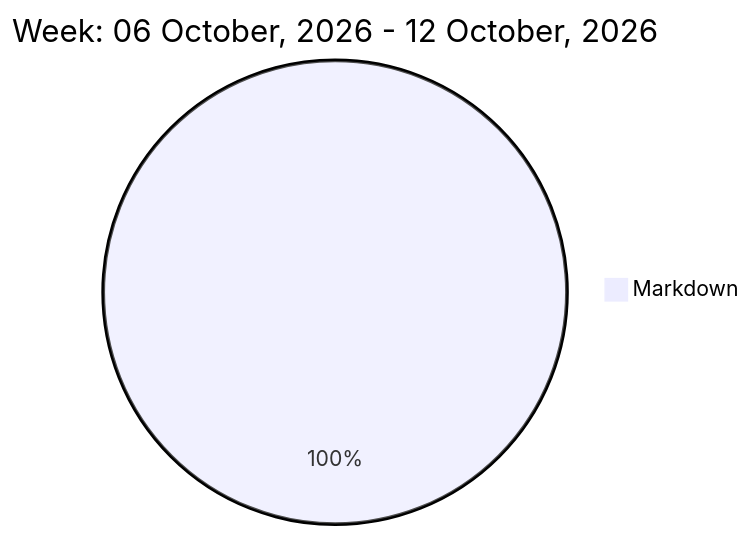
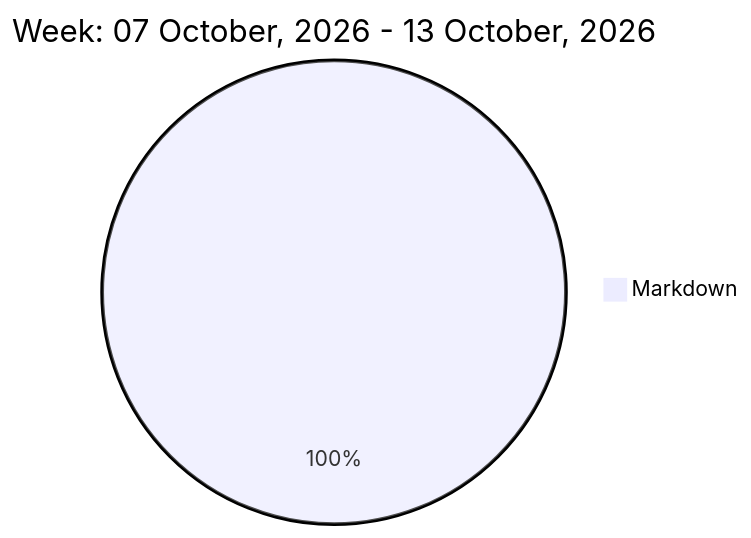
One commit to liubin95/liubin95 changed the diagram in README.md. Above: the diagram before and after it, drawn with Mermaid.

Commit message:
Updated the Graph with new Metrics

````diff
--- a/README.md
+++ b/README.md
@@ -32,5 +32,5 @@
 ```mermaid
  pie
-title Week: 06 October, 2026 - 12 October, 2026
- "Markdown" : 2.27
+title Week: 07 October, 2026 - 13 October, 2026
+ "Markdown" : 2.65
 ```
````
